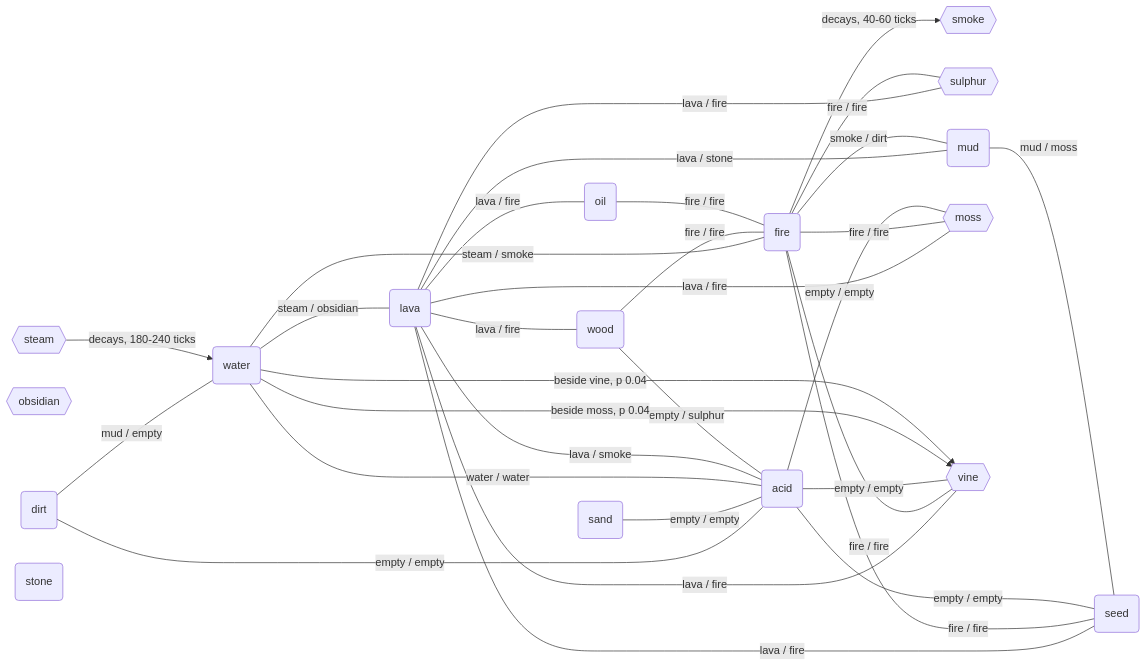
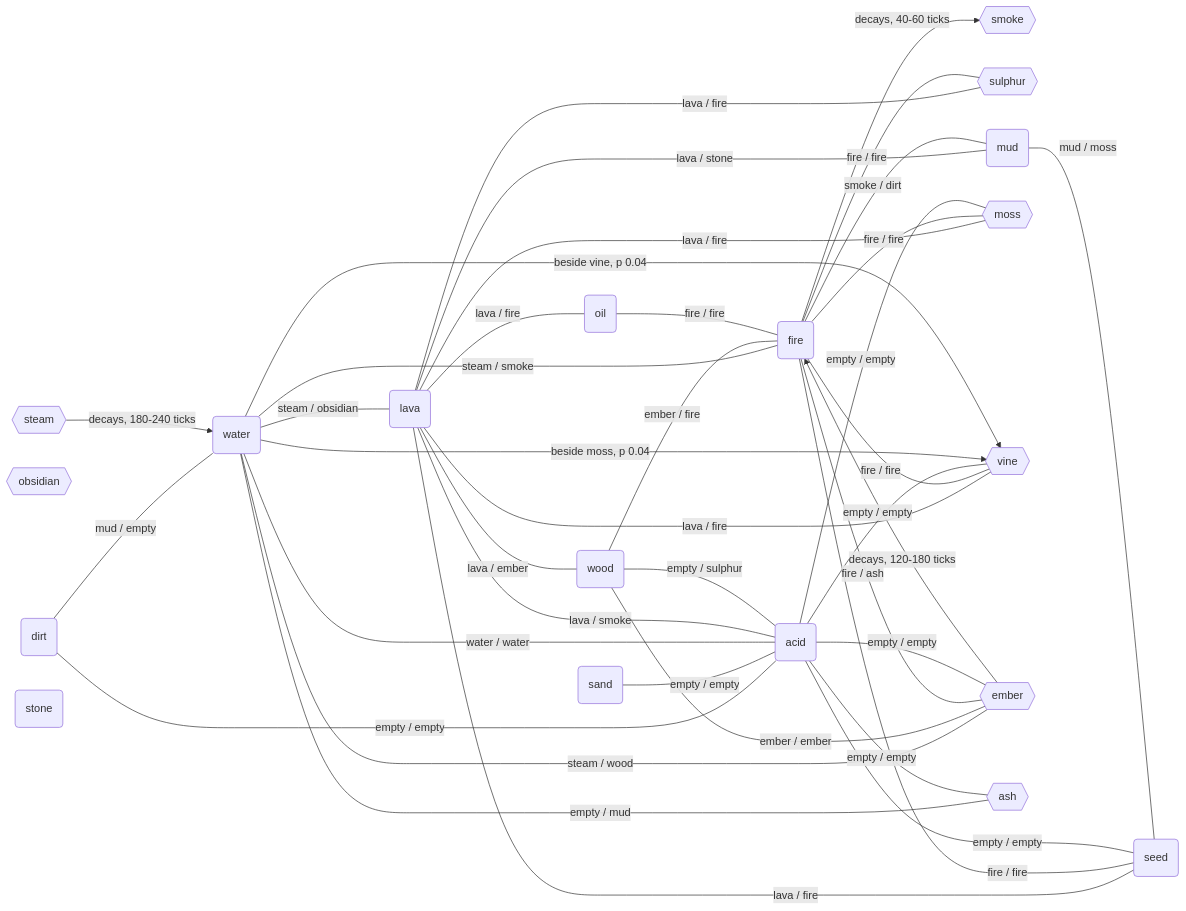
One commit to Ed-Barnes937/HomeOfEd changed the diagram in apps/silt/docs/interaction-graph.md. Above: the diagram before and after it, drawn with Mermaid. The commit also changed other lines of this file and 1 other file, not shown here.

First line of the commit message:
silt: regenerate interaction graph for burnables (ember, ash)

````diff
--- a/apps/silt/docs/interaction-graph.md
+++ b/apps/silt/docs/interaction-graph.md
@@ -26,56 +26,65 @@
 ```mermaid
 graph LR
   dirt("dirt")
   sand("sand")
   water("water")
   lava("lava")
   obsidian{{"obsidian"}}
   wood("wood")
   oil("oil")
   fire("fire")
   smoke{{"smoke"}}
   steam{{"steam"}}
   acid("acid")
   stone("stone")
   sulphur{{"sulphur"}}
   mud("mud")
   seed("seed")
   moss{{"moss"}}
   vine{{"vine"}}
+  ember{{"ember"}}
+  ash{{"ash"}}
 
   %% reactions
   dirt ---|"mud / empty"| water
   dirt ---|"empty / empty"| acid
   sand ---|"empty / empty"| acid
   water ---|"steam / obsidian"| lava
   water ---|"steam / smoke"| fire
   water ---|"water / water"| acid
-  lava ---|"lava / fire"| wood
+  water ---|"steam / wood"| ember
+  water ---|"empty / mud"| ash
+  lava ---|"lava / ember"| wood
   lava ---|"lava / fire"| oil
   lava ---|"lava / smoke"| acid
   lava ---|"lava / fire"| sulphur
   lava ---|"lava / stone"| mud
   lava ---|"lava / fire"| seed
   lava ---|"lava / fire"| moss
   lava ---|"lava / fire"| vine
-  wood ---|"fire / fire"| fire
+  wood ---|"ember / fire"| fire
   wood ---|"empty / sulphur"| acid
+  wood ---|"ember / ember"| ember
   oil ---|"fire / fire"| fire
   fire ---|"fire / fire"| sulphur
   fire ---|"smoke / dirt"| mud
   fire ---|"fire / fire"| seed
   fire ---|"fire / fire"| moss
   fire ---|"fire / fire"| vine
+  fire ---|"fire / ash"| ember
   acid ---|"empty / empty"| seed
   acid ---|"empty / empty"| moss
   acid ---|"empty / empty"| vine
+  acid ---|"empty / empty"| ember
+  acid ---|"empty / empty"| ash
   mud ---|"mud / moss"| seed
 
   %% decay
   fire -->|"decays, 40-60 ticks"| smoke
   steam -->|"decays, 180-240 ticks"| water
+  ember -->|"decays, 120-180 ticks"| fire
 
   %% growth
   water -->|"beside moss, p 0.04"| vine
   water -->|"beside vine, p 0.04"| vine
 ```
````
